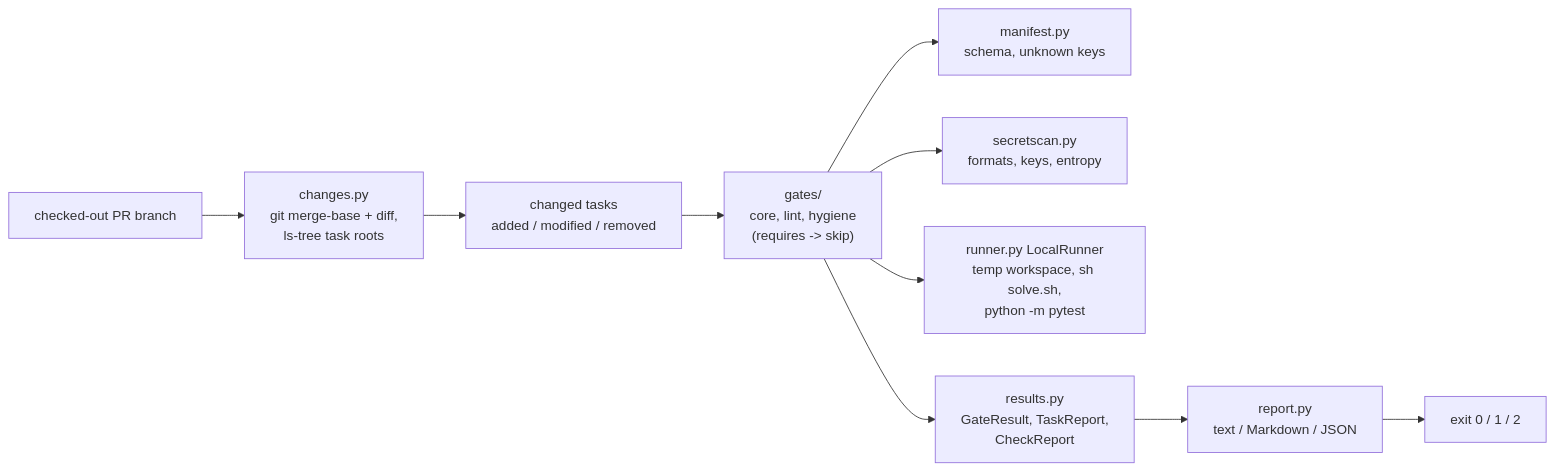
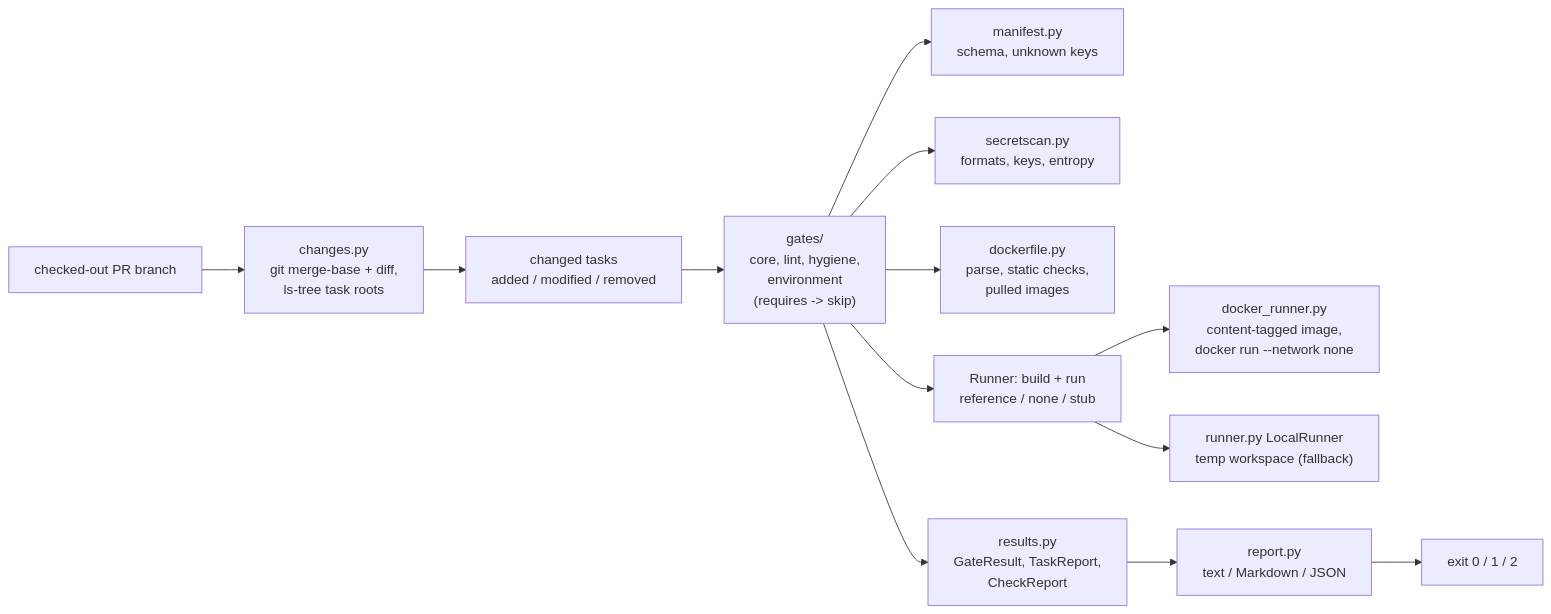
One commit to vipul21435/taskgate changed the diagram in README.md. Above: the diagram before and after it, drawn with Mermaid. The commit also changed other lines of this file and 2 other files, not shown here.

First line of the commit message:
docs: document the Docker runner and gates TG301, TG302, TG403 with real output

````diff
--- a/README.md
+++ b/README.md
@@ -244,12 +336,15 @@
 ```mermaid
 flowchart LR
     PR["checked-out PR branch"] --> CH["changes.py<br/>git merge-base + diff,<br/>ls-tree task roots"]
     CH --> TASKS["changed tasks<br/>added / modified / removed"]
-    TASKS --> GATES["gates/<br/>core, lint, hygiene<br/>(requires -> skip)"]
+    TASKS --> GATES["gates/<br/>core, lint, hygiene,<br/>environment<br/>(requires -> skip)"]
     GATES --> MAN["manifest.py<br/>schema, unknown keys"]
     GATES --> SEC["secretscan.py<br/>formats, keys, entropy"]
-    GATES --> RUN["runner.py LocalRunner<br/>temp workspace, sh solve.sh,<br/>python -m pytest"]
+    GATES --> DF["dockerfile.py<br/>parse, static checks,<br/>pulled images"]
+    GATES --> RUN["Runner: build + run<br/>reference / none / stub"]
+    RUN --> DOCK["docker_runner.py<br/>content-tagged image,<br/>docker run --network none"]
+    RUN --> LOC["runner.py LocalRunner<br/>temp workspace (fallback)"]
     GATES --> RES["results.py<br/>GateResult, TaskReport,<br/>CheckReport"]
     RES --> REP["report.py<br/>text / Markdown / JSON"]
     REP --> EXIT["exit 0 / 1 / 2"]
 ```
````
